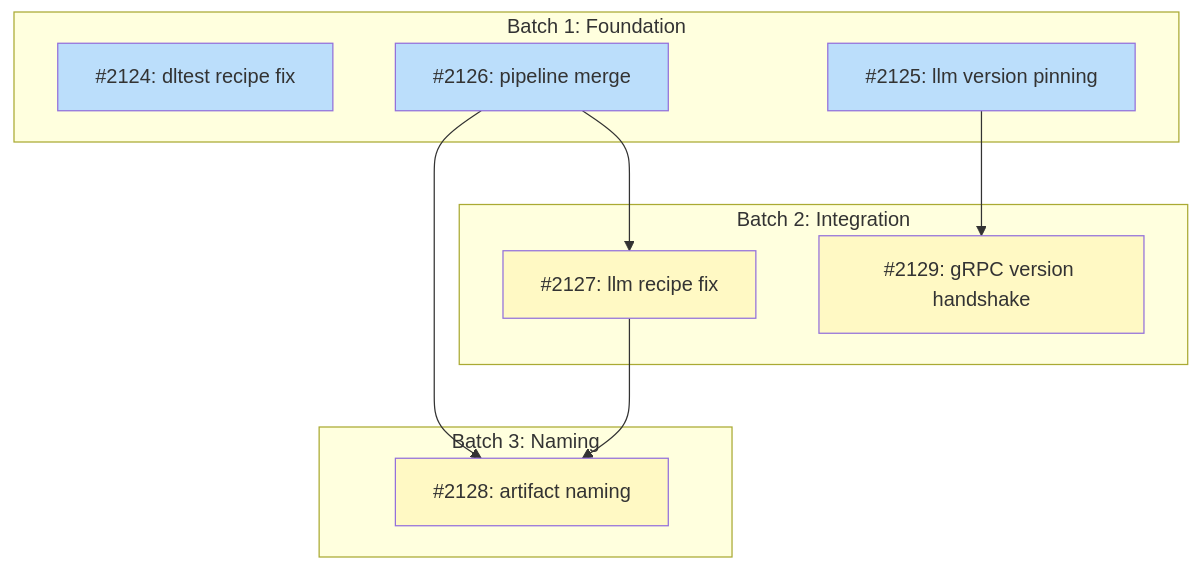
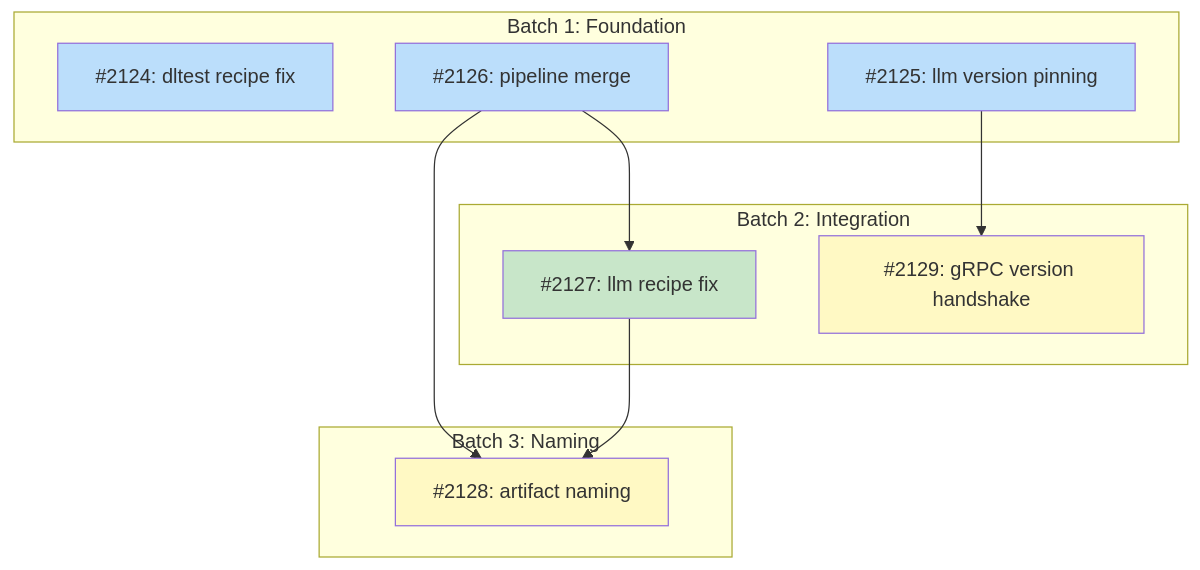
The diagram in docs/plans/PLAN-unified-release-versioning.md (tsukumogami/tsuku), drawn with Mermaid before and after one commit. The commit also changed 1 other file, not shown here.

Commit message:
chore(docs): mark #2127 as done in design and plan diagrams
Update Mermaid dependency diagrams in both the design doc and PLAN doc
to reflect that issue #2127 is complete.

````diff
--- a/docs/plans/PLAN-unified-release-versioning.md
+++ b/docs/plans/PLAN-unified-release-versioning.md
@@ -49,35 +49,36 @@
 ```mermaid
 graph TD
     subgraph Batch1["Batch 1: Foundation"]
         I2124["#2124: dltest recipe fix"]
         I2125["#2125: llm version pinning"]
         I2126["#2126: pipeline merge"]
     end
 
     subgraph Batch2["Batch 2: Integration"]
         I2127["#2127: llm recipe fix"]
         I2129["#2129: gRPC version handshake"]
     end
 
     subgraph Batch3["Batch 3: Naming"]
         I2128["#2128: artifact naming"]
     end
 
     I2126 --> I2127
     I2125 --> I2129
     I2126 --> I2128
     I2127 --> I2128
 
     classDef done fill:#c8e6c9
     classDef ready fill:#bbdefb
     classDef blocked fill:#fff9c4
     classDef needsDesign fill:#e1bee7
     classDef needsPrd fill:#b3e5fc
     classDef needsSpike fill:#ffcdd2
     classDef needsDecision fill:#d1c4e9
     classDef tracksDesign fill:#FFE0B2,stroke:#F57C00,color:#000
     classDef tracksPlan fill:#FFE0B2,stroke:#F57C00,color:#000
 
     class I2124,I2125,I2126 ready
-    class I2127,I2128,I2129 blocked
+    class I2128,I2129 blocked
+    class I2127 done
 ```
````
